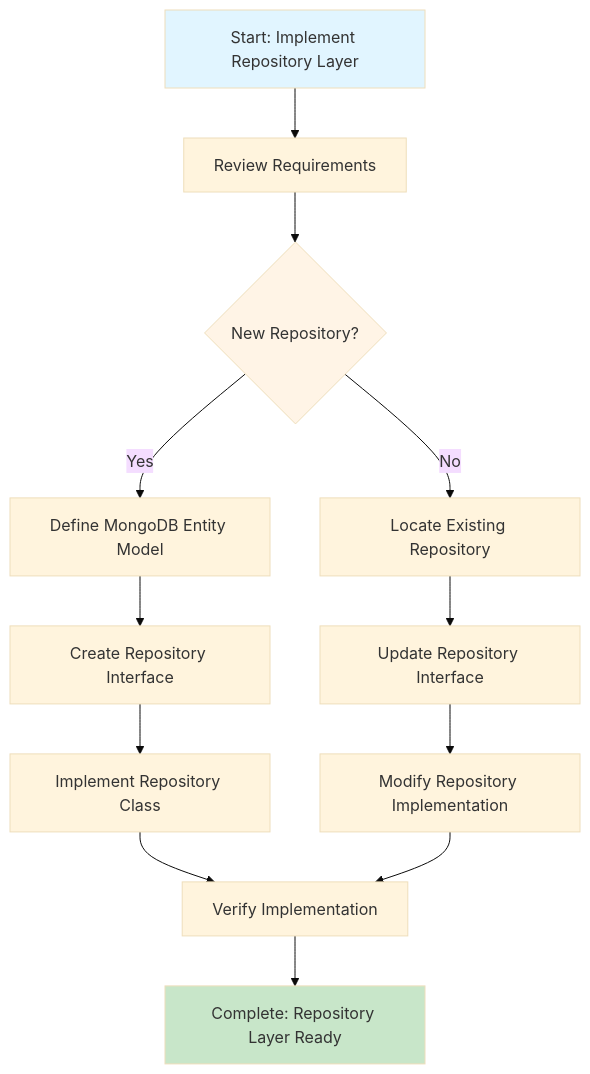
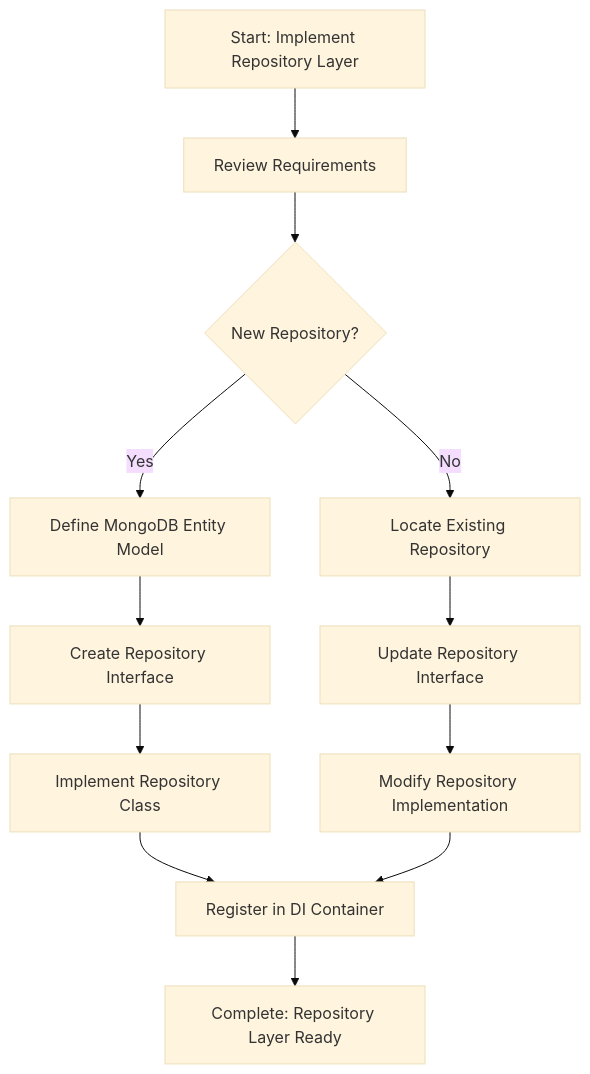
One commit to HMTools/agentic-processes changed the diagram in .processes/steps/data/implement-repository-layer.md. Above: the diagram before and after it, drawn with Mermaid (base theme). The commit also changed other lines of this file and 73 other files, not shown here.

````diff
--- a/.processes/steps/data/implement-repository-layer.md
+++ b/.processes/steps/data/implement-repository-layer.md
@@ -44,18 +67,14 @@
 ```mermaid
 flowchart TD
     A[Start: Implement Repository Layer] --> B[Review Requirements]
     B --> C{New Repository?}
     C -->|Yes| D[Define MongoDB Entity Model]
     C -->|No| E[Locate Existing Repository]
     D --> F[Create Repository Interface]
     E --> G[Update Repository Interface]
     F --> H[Implement Repository Class]
     G --> I[Modify Repository Implementation]
-    H --> J[Verify Implementation]
+    H --> J[Register in DI Container]
     I --> J
     J --> K[Complete: Repository Layer Ready]
-    
-    style A fill:#e1f5ff
-    style K fill:#c8e6c9
-    style C fill:#fff4e6
 ```
````
